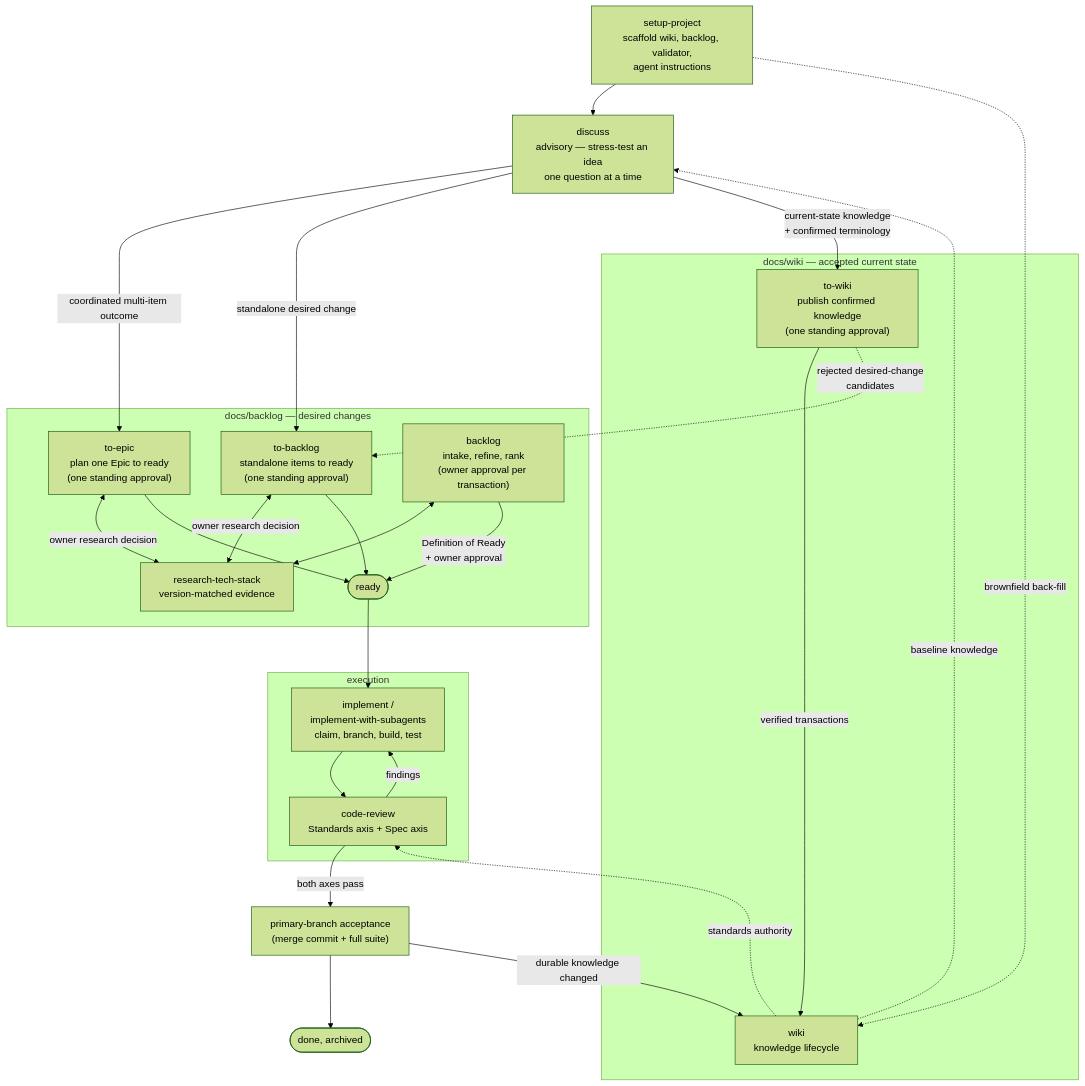
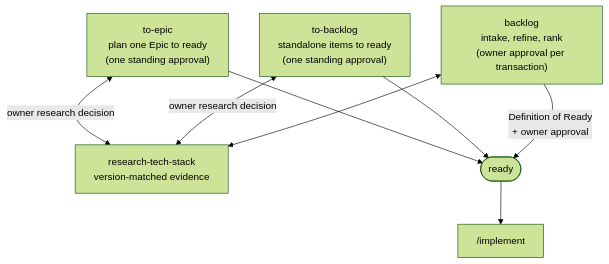
One commit to beeltec/skills changed the second of 4 diagrams in README.md. Above: the diagram before and after it, drawn with Mermaid (forest theme). The commit also changed other lines of this file, not shown here.

Commit message:
docs(readme): split workflow diagram into four per-flow diagrams
Replace the single dense graph with one small diagram per flow —
idea routing, backlog planning, execution and acceptance, and wiki
knowledge — each under its own heading with a one-sentence lead-in.

````diff
--- a/README.md
+++ b/README.md
@@ -25,47 +42,15 @@
 ```mermaid
 flowchart TD
-    SP["setup-project<br/>scaffold wiki, backlog, validator,<br/>agent instructions"]
-    D["discuss<br/>advisory — stress-test an idea<br/>one question at a time"]
-
-    subgraph BACKLOG["docs/backlog — desired changes"]
-        TE["to-epic<br/>plan one Epic to ready<br/>(one standing approval)"]
-        TB["to-backlog<br/>standalone items to ready<br/>(one standing approval)"]
-        BL["backlog<br/>intake, refine, rank<br/>(owner approval per transaction)"]
-        RT["research-tech-stack<br/>version-matched evidence"]
-        RDY(["ready"])
-        TE <-->|owner research decision| RT
-        TB <-->|owner research decision| RT
-        BL <--> RT
-        TE --> RDY
-        TB --> RDY
-        BL -->|Definition of Ready<br/>+ owner approval| RDY
-    end
-
-    subgraph EXEC["execution"]
-        IMP["implement /<br/>implement-with-subagents<br/>claim, branch, build, test"]
-        CR["code-review<br/>Standards axis + Spec axis"]
-        IMP --> CR
-        CR -->|findings| IMP
-    end
-
-    subgraph WIKI["docs/wiki — accepted current state"]
-        TW["to-wiki<br/>publish confirmed knowledge<br/>(one standing approval)"]
-        WK["wiki<br/>knowledge lifecycle"]
-        TW -->|verified transactions| WK
-    end
-
-    SP --> D
-    SP -.->|brownfield back-fill| WK
-    D -->|coordinated multi-item outcome| TE
-    D -->|standalone desired change| TB
-    D -->|current-state knowledge<br/>+ confirmed terminology| TW
-    TW -.->|rejected desired-change<br/>candidates| TB
-
-    RDY --> IMP
-    CR -->|both axes pass| ACC["primary-branch acceptance<br/>(merge commit + full suite)"]
-    ACC --> DONE(["done, archived"])
-    ACC -->|durable knowledge changed| WK
-
-    WK -.->|baseline knowledge| D
-    WK -.->|standards authority| CR
+    TE["to-epic<br/>plan one Epic to ready<br/>(one standing approval)"]
+    TB["to-backlog<br/>standalone items to ready<br/>(one standing approval)"]
+    BL["backlog<br/>intake, refine, rank<br/>(owner approval per transaction)"]
+    RT["research-tech-stack<br/>version-matched evidence"]
+    RDY(["ready"])
+    TE <-->|owner research decision| RT
+    TB <-->|owner research decision| RT
+    BL <--> RT
+    TE --> RDY
+    TB --> RDY
+    BL -->|Definition of Ready<br/>+ owner approval| RDY
+    RDY --> IMP["/implement"]
 ```
````
